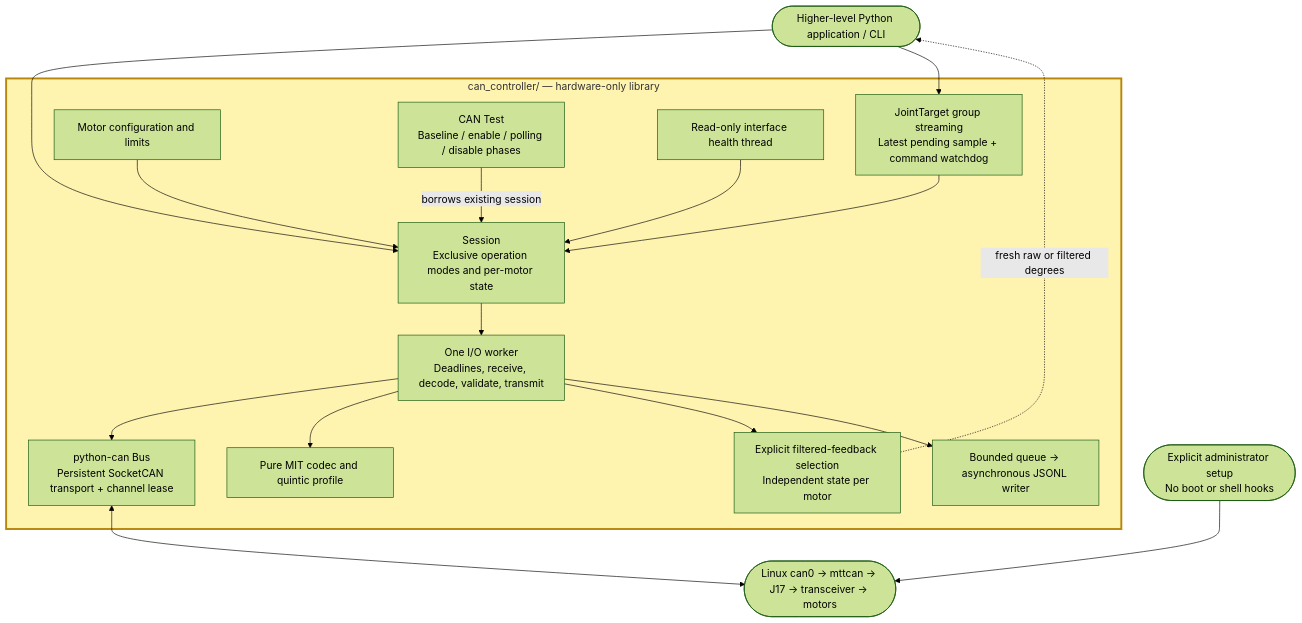
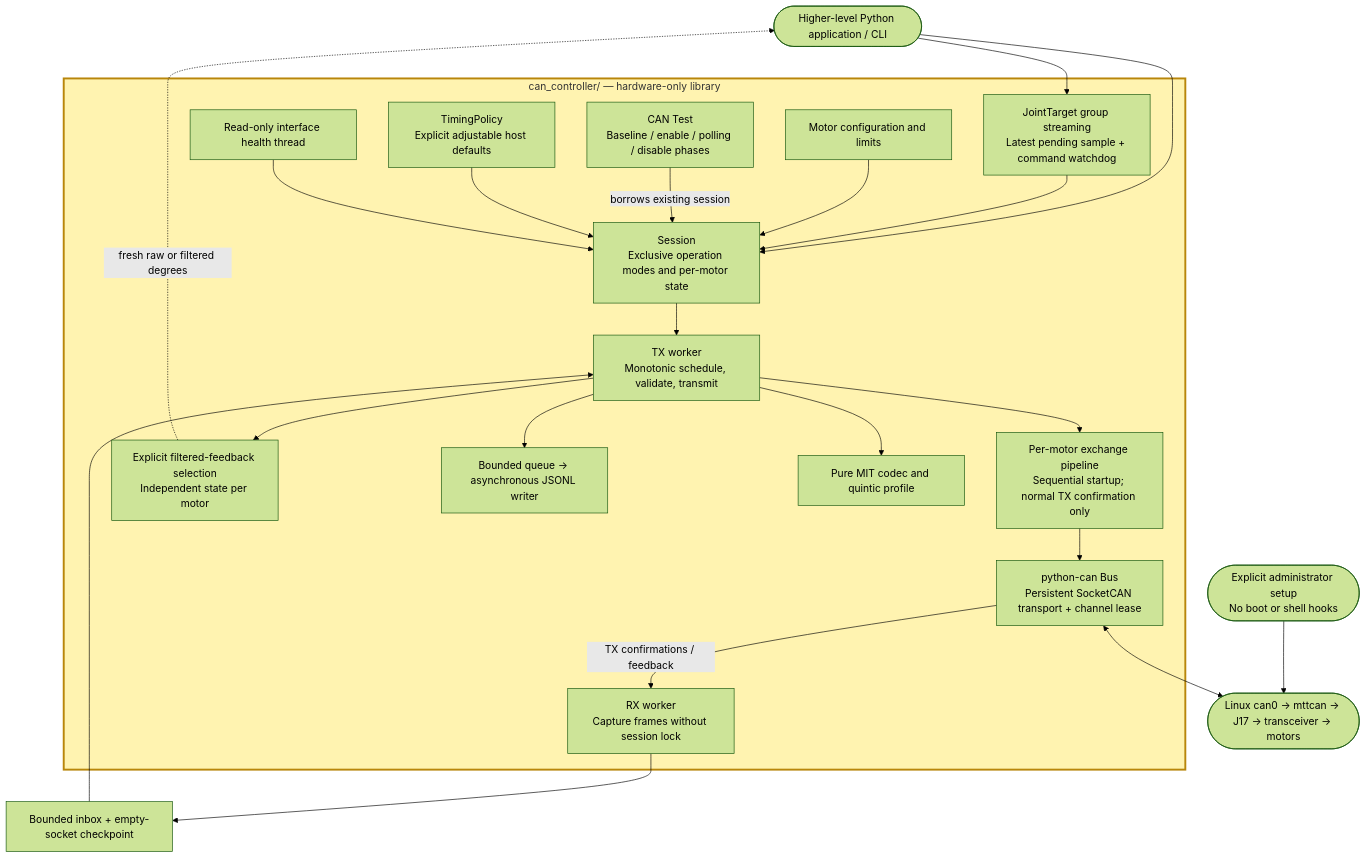
The diagram in architecture.mmd (Anirudh-singh-Core/Cubemars_SocketCAN_Control), drawn with Mermaid (forest theme) before and after one commit. The commit also changed 32 other files, not shown here.

First line of the commit message:
Update async SocketCAN controller, RX confirmation handling and setup documentation

```diff
--- a/architecture.mmd
+++ b/architecture.mmd
@@ -1,31 +1,39 @@
 flowchart TB
     APP(["Higher-level Python application / CLI"])
     subgraph ROOT["can_controller/ — hardware-only library"]
         SESSION["Session<br/>Exclusive operation modes and per-motor state"]
         STREAM["JointTarget group streaming<br/>Latest pending sample + command watchdog"]
         CONFIG["Motor configuration and limits"]
-        WORKER["One I/O worker<br/>Deadlines, receive, decode, validate, transmit"]
+        WORKER["TX worker<br/>Monotonic schedule, validate, transmit"]
+        RX["RX worker<br/>Capture frames without session lock"]
+        TIMING["TimingPolicy<br/>Explicit adjustable host defaults"]
+        PIPELINE["Per-motor exchange pipeline<br/>Sequential startup; normal TX confirmation only"]
         TRANSPORT["python-can Bus<br/>Persistent SocketCAN transport + channel lease"]
         DIAG["CAN Test<br/>Baseline / enable / polling / disable phases"]
         FILTER["Explicit filtered-feedback selection<br/>Independent state per motor"]
         LOG["Bounded queue → asynchronous JSONL writer"]
         HEALTH["Read-only interface health thread"]
         PROTOCOL["Pure MIT codec and quintic profile"]
     end
     SETUP(["Explicit administrator setup<br/>No boot or shell hooks"])
     CAN(["Linux can0 → mttcan → J17 → transceiver → motors"])
     APP --> SESSION
     APP --> STREAM
     STREAM --> SESSION
     CONFIG --> SESSION
     SESSION --> WORKER
     DIAG -->|"borrows existing session"| SESSION
-    WORKER --> TRANSPORT
+    WORKER --> PIPELINE
+    PIPELINE --> TRANSPORT
+    TRANSPORT -->|"TX confirmations / feedback"| RX
+    RX --> INBOX["Bounded inbox + empty-socket checkpoint"]
+    INBOX --> WORKER
+    TIMING --> SESSION
     WORKER --> PROTOCOL
     TRANSPORT <--> CAN
     WORKER --> FILTER
     FILTER -.->|"fresh raw or filtered degrees"| APP
     WORKER --> LOG
     HEALTH --> SESSION
     SETUP --> CAN
     style ROOT fill:#fff3b0,stroke:#b8860b,stroke-width:3px
```
